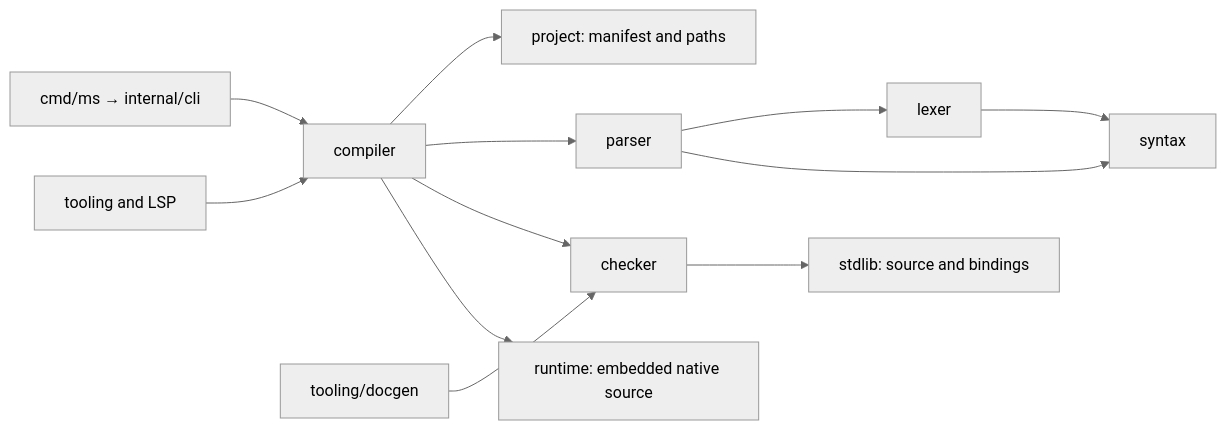
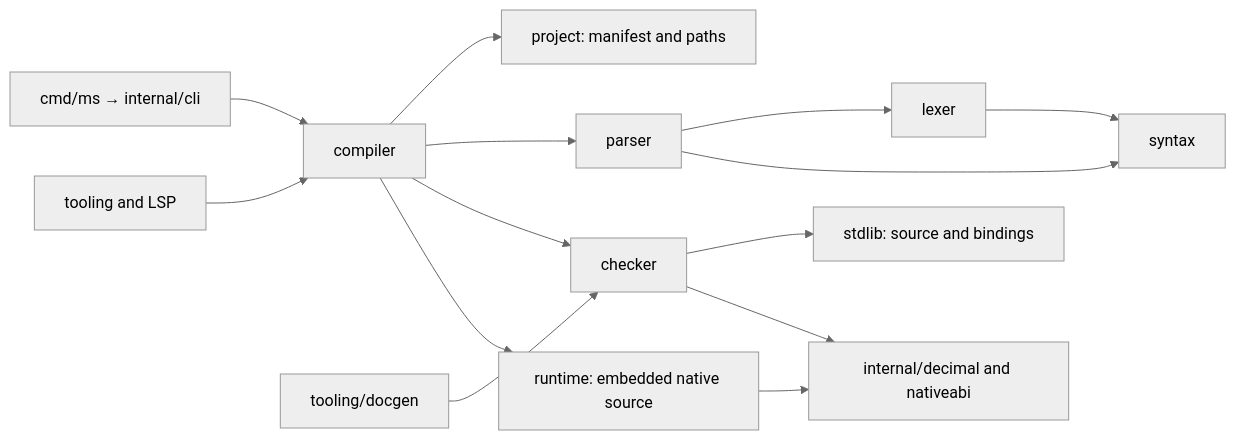
One commit to manuscript-lang/manuscript changed the diagram in documentation/contributing/architecture.md. Above: the diagram before and after it, drawn with Mermaid (neutral theme). The commit also changed other lines of this file and 355 other files, not shown here.

````diff
--- a/documentation/contributing/architecture.md
+++ b/documentation/contributing/architecture.md
@@ -12,14 +12,16 @@
 ```mermaid
 flowchart LR
   CLI[cmd/ms → internal/cli] --> Compiler[compiler]
   Compiler --> Project[project: manifest and paths]
   Compiler --> Parser[parser]
   Parser --> Lexer[lexer]
   Lexer --> Syntax[syntax]
   Parser --> Syntax
   Compiler --> Checker[checker]
   Checker --> Stdlib[stdlib: source and bindings]
+  Checker --> Facts[internal/decimal and nativeabi]
+  Runtime --> Facts
   Compiler --> Runtime[runtime: embedded native source]
   Tools[tooling and LSP] --> Compiler
   Docs[tooling/docgen] --> Checker
 ```
````
